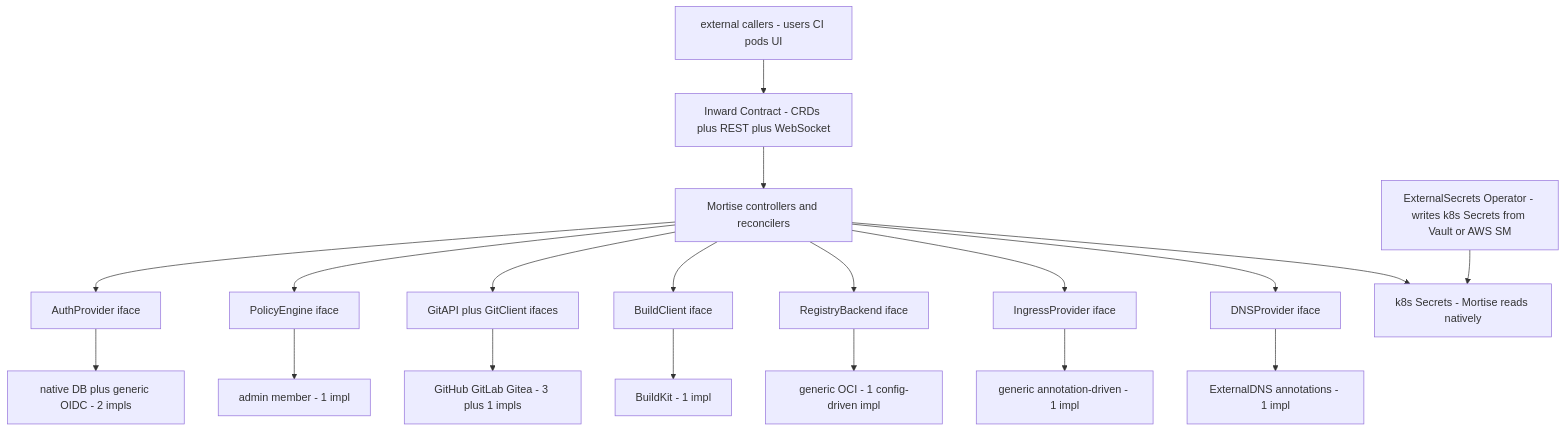
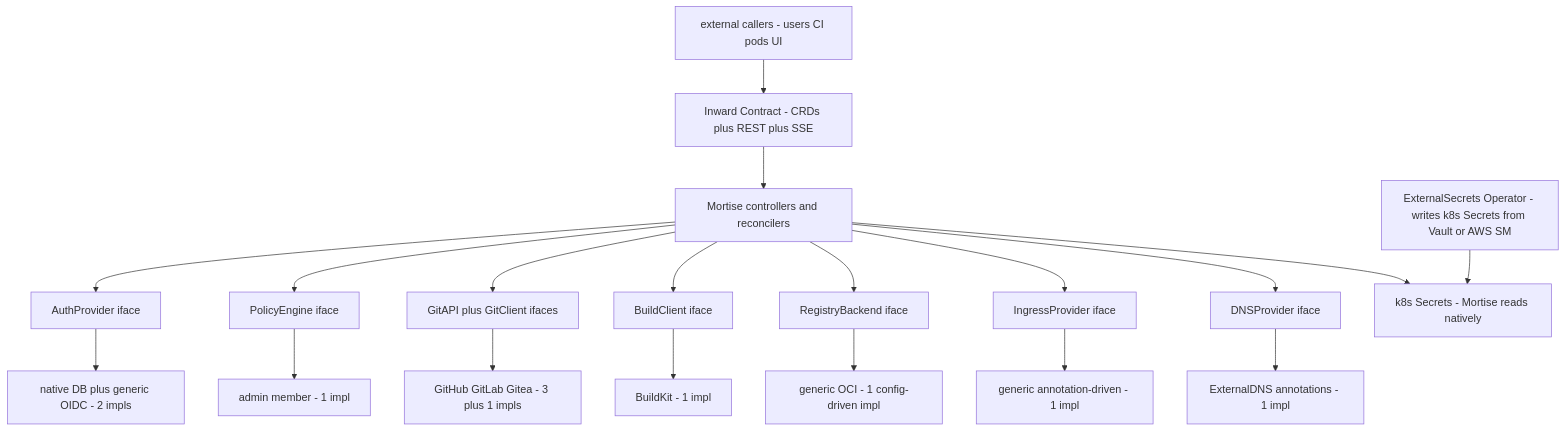
One commit to mortise-org/mortise changed the third of 5 diagrams in ARCHITECTURE.md. Above: the diagram before and after it, drawn with Mermaid. The commit also changed other lines of this file and 1 other file, not shown here.

````diff
--- a/ARCHITECTURE.md
+++ b/ARCHITECTURE.md
@@ -194,38 +196,38 @@
 ```mermaid
 flowchart TB
     Callers["external callers - users CI pods UI"]
-    Public["Inward Contract - CRDs plus REST plus WebSocket"]
+    Public["Inward Contract - CRDs plus REST plus SSE"]
     Ctrl["Mortise controllers and reconcilers"]
 
     AU["AuthProvider iface"]
     AUImpl["native DB plus generic OIDC - 2 impls"]
     PE["PolicyEngine iface"]
     PEImpl["admin member - 1 impl"]
     GA["GitAPI plus GitClient ifaces"]
     GAImpl["GitHub GitLab Gitea - 3 plus 1 impls"]
     BC["BuildClient iface"]
     BCImpl["BuildKit - 1 impl"]
     RB["RegistryBackend iface"]
     RBImpl["generic OCI - 1 config-driven impl"]
     IP["IngressProvider iface"]
     IPImpl["generic annotation-driven - 1 impl"]
     DP["DNSProvider iface"]
     DPImpl["ExternalDNS annotations - 1 impl"]
 
     ESO["ExternalSecrets Operator - writes k8s Secrets from Vault or AWS SM"]
     K8sSec["k8s Secrets - Mortise reads natively"]
 
     Callers --> Public
     Public --> Ctrl
 
     Ctrl --> AU --> AUImpl
     Ctrl --> PE --> PEImpl
     Ctrl --> GA --> GAImpl
     Ctrl --> BC --> BCImpl
     Ctrl --> RB --> RBImpl
     Ctrl --> IP --> IPImpl
     Ctrl --> DP --> DPImpl
 
     Ctrl --> K8sSec
     ESO --> K8sSec
 ```
````
